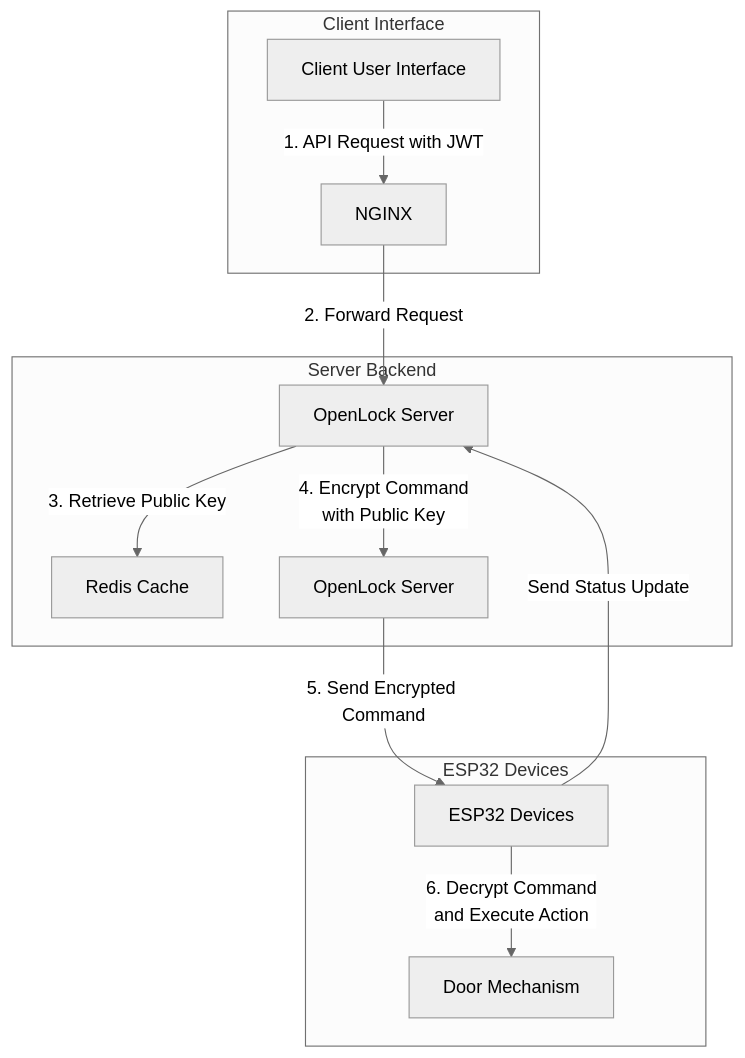
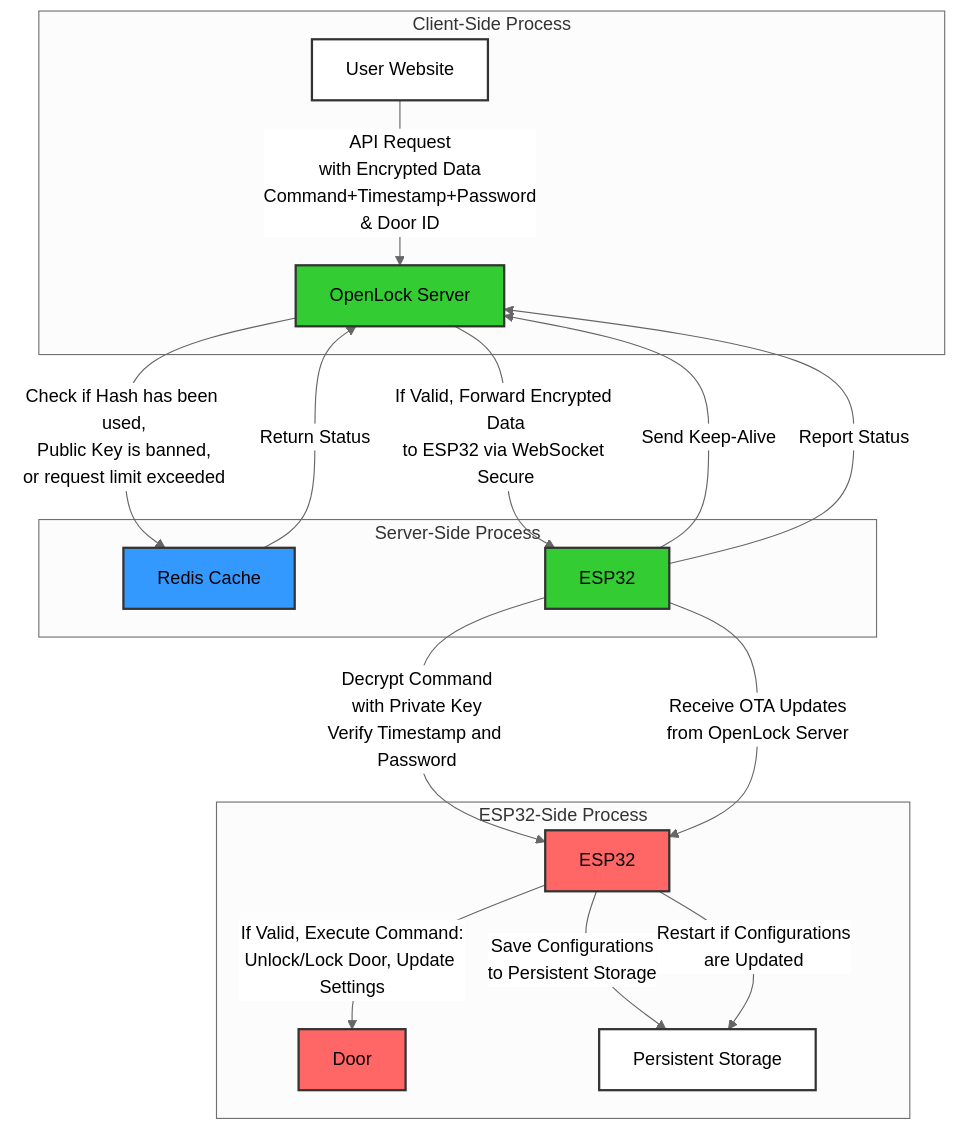
The diagram in README.md (0x11a0/openlock), drawn with Mermaid (neutral theme) before and after one commit. The commit also changed other lines of this file, not shown here.

````diff
--- a/README.md
+++ b/README.md
@@ -50,23 +76,32 @@
 ```mermaid
 graph TD
-    subgraph Client Interface
-        A[Client User Interface] -->|1. API Request with JWT| B[NGINX]
+    subgraph Client-Side Process
+        A[User Website] -->|API Request<br>with Encrypted Data<br>Command+Timestamp+Password<br>& Door ID| B[OpenLock Server]
     end
-    subgraph Server Backend
-        B -->|2. Forward Request| C[OpenLock Server]
-        C -->|3. Retrieve Public Key| D[Redis Cache]
-        C -->|4. Encrypt Command<br>with Public Key| E[OpenLock Server]
+    subgraph Server-Side Process
+        B -->|Check if Hash has been used,<br>Public Key is banned,<br>or request limit exceeded| C[Redis Cache]
+        C -->|Return Status| B
+        B -->|If Valid, Forward Encrypted Data<br>to ESP32 via WebSocket Secure| D[ESP32]
     end
-    subgraph ESP32 Devices
-        E -->|5. Send Encrypted Command| F[ESP32 Devices]
-        F -->|6. Decrypt Command<br>and Execute Action| G[Door Mechanism]
-        F -->|Send Status Update| C
+    subgraph ESP32-Side Process
+        D -->|Decrypt Command<br>with Private Key<br>Verify Timestamp and Password| F[ESP32]
+        F -->|If Valid, Execute Command:<br>Unlock/Lock Door, Update Settings| G[Door]
+        F -->|Save Configurations<br>to Persistent Storage| H[Persistent Storage]
+        F -->|Restart if Configurations<br>are Updated| H
+        D -->|Send Keep-Alive| B
+        D -->|Receive OTA Updates<br>from OpenLock Server| F
+        D -->|Report Status| B
     end
 
-    classDef client fill:#ffcc00,stroke:#333,stroke-width:2px;
+    classDef client fill:#ffffff,stroke:#333,stroke-width:2px;
     classDef server fill:#33cc33,stroke:#333,stroke-width:2px;
     classDef cache fill:#3399ff,stroke:#333,stroke-width:2px;
     classDef device fill:#ff6666,stroke:#333,stroke-width:2px;
+    classDef storage fill:#ffffff,stroke:#333,stroke-width:2px;
 
-    class A,B,C,D,E,F,G client,server,cache,device;
+    class A client;
+    class B,D server;
+    class C cache;
+    class E,F,G,H device;
+    class H storage;
 ```
````
